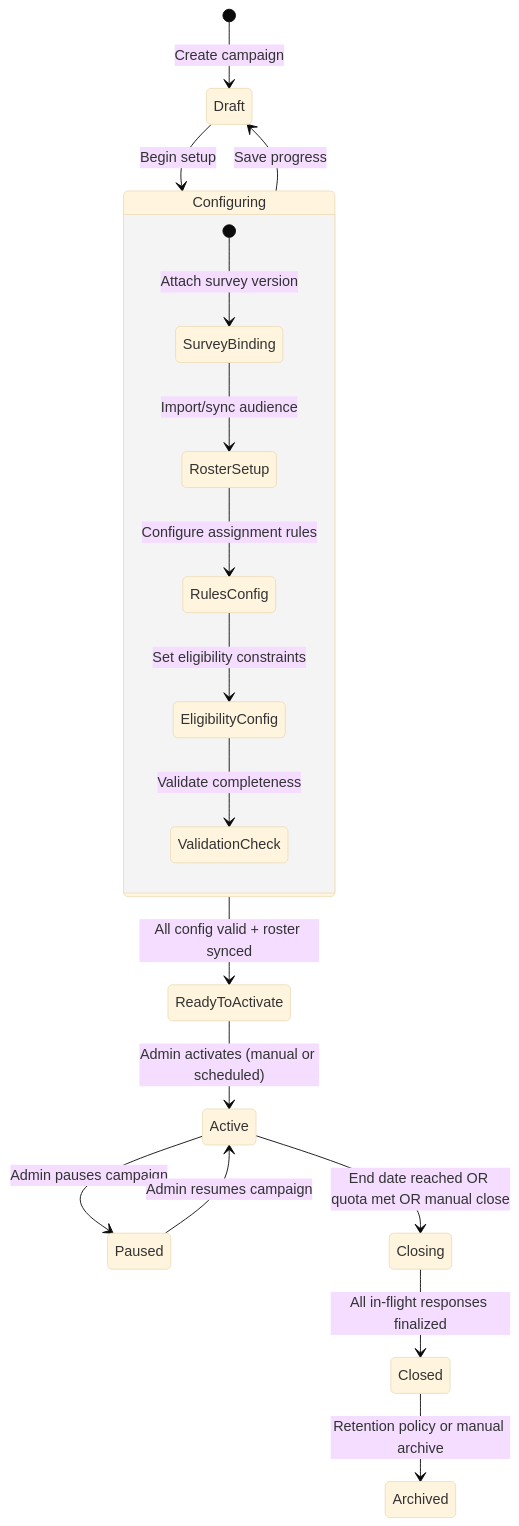
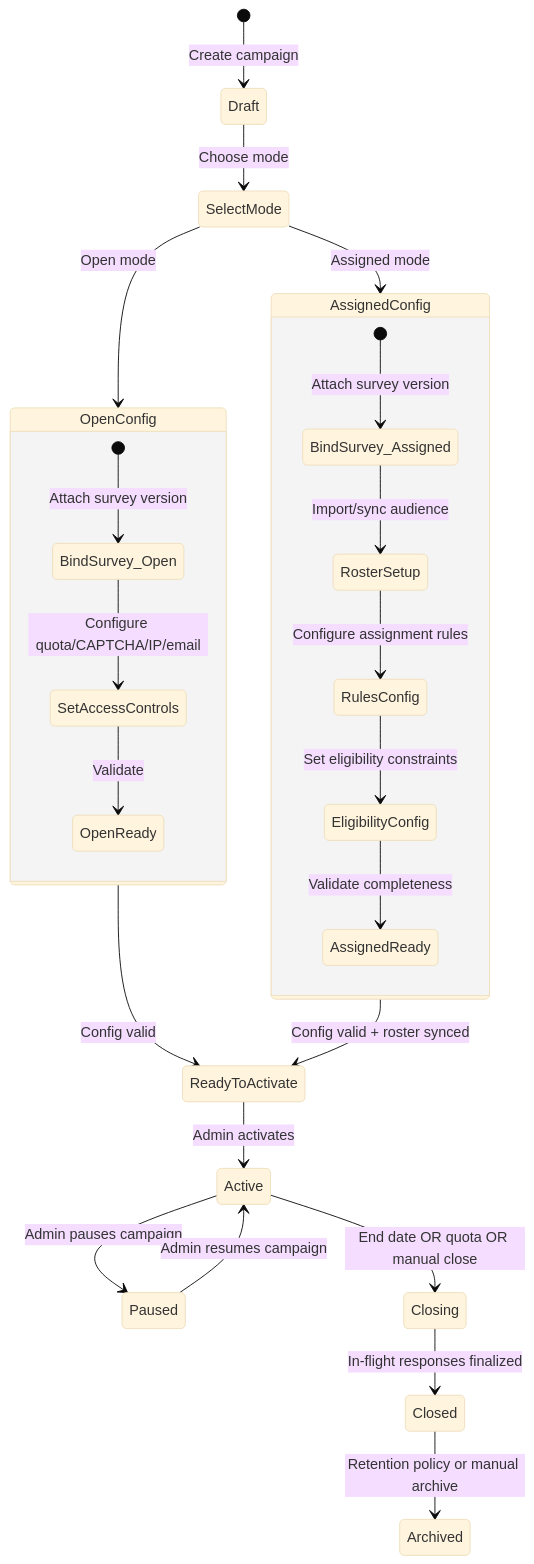
One commit to MuhibNayem/Survey-Engine changed the fourth of 25 diagrams in docs/lifecycle-flows.md. Above: the diagram before and after it, drawn with Mermaid (base theme). The commit also changed other lines of this file and 4 other files, not shown here.

Commit message:
feat: Introduce "Open" and "Assigned" campaign modes, updating related requirements, data models, and lifecycle flows.

````diff
--- a/docs/lifecycle-flows.md
+++ b/docs/lifecycle-flows.md
@@ -152,26 +157,34 @@
 ```mermaid
 stateDiagram-v2
   [*] --> Draft: Create campaign
 
-  Draft --> Configuring: Begin setup
-  Configuring --> Draft: Save progress
+  Draft --> SelectMode: Choose mode
+  SelectMode --> OpenConfig: Open mode
+  SelectMode --> AssignedConfig: Assigned mode
 
-  state Configuring {
-    [*] --> SurveyBinding: Attach survey version
-    SurveyBinding --> RosterSetup: Import/sync audience
+  state OpenConfig {
+    [*] --> BindSurvey_Open: Attach survey version
+    BindSurvey_Open --> SetAccessControls: Configure quota/CAPTCHA/IP/email
+    SetAccessControls --> OpenReady: Validate
+  }
+
+  state AssignedConfig {
+    [*] --> BindSurvey_Assigned: Attach survey version
+    BindSurvey_Assigned --> RosterSetup: Import/sync audience
     RosterSetup --> RulesConfig: Configure assignment rules
     RulesConfig --> EligibilityConfig: Set eligibility constraints
-    EligibilityConfig --> ValidationCheck: Validate completeness
+    EligibilityConfig --> AssignedReady: Validate completeness
   }
 
-  Configuring --> ReadyToActivate: All config valid + roster synced
-  ReadyToActivate --> Active: Admin activates (manual or scheduled)
+  OpenConfig --> ReadyToActivate: Config valid
+  AssignedConfig --> ReadyToActivate: Config valid + roster synced
+  ReadyToActivate --> Active: Admin activates
 
   Active --> Paused: Admin pauses campaign
   Paused --> Active: Admin resumes campaign
 
-  Active --> Closing: End date reached OR quota met OR manual close
-  Closing --> Closed: All in-flight responses finalized
+  Active --> Closing: End date OR quota OR manual close
+  Closing --> Closed: In-flight responses finalized
 
   Closed --> Archived: Retention policy or manual archive
 ```
````
